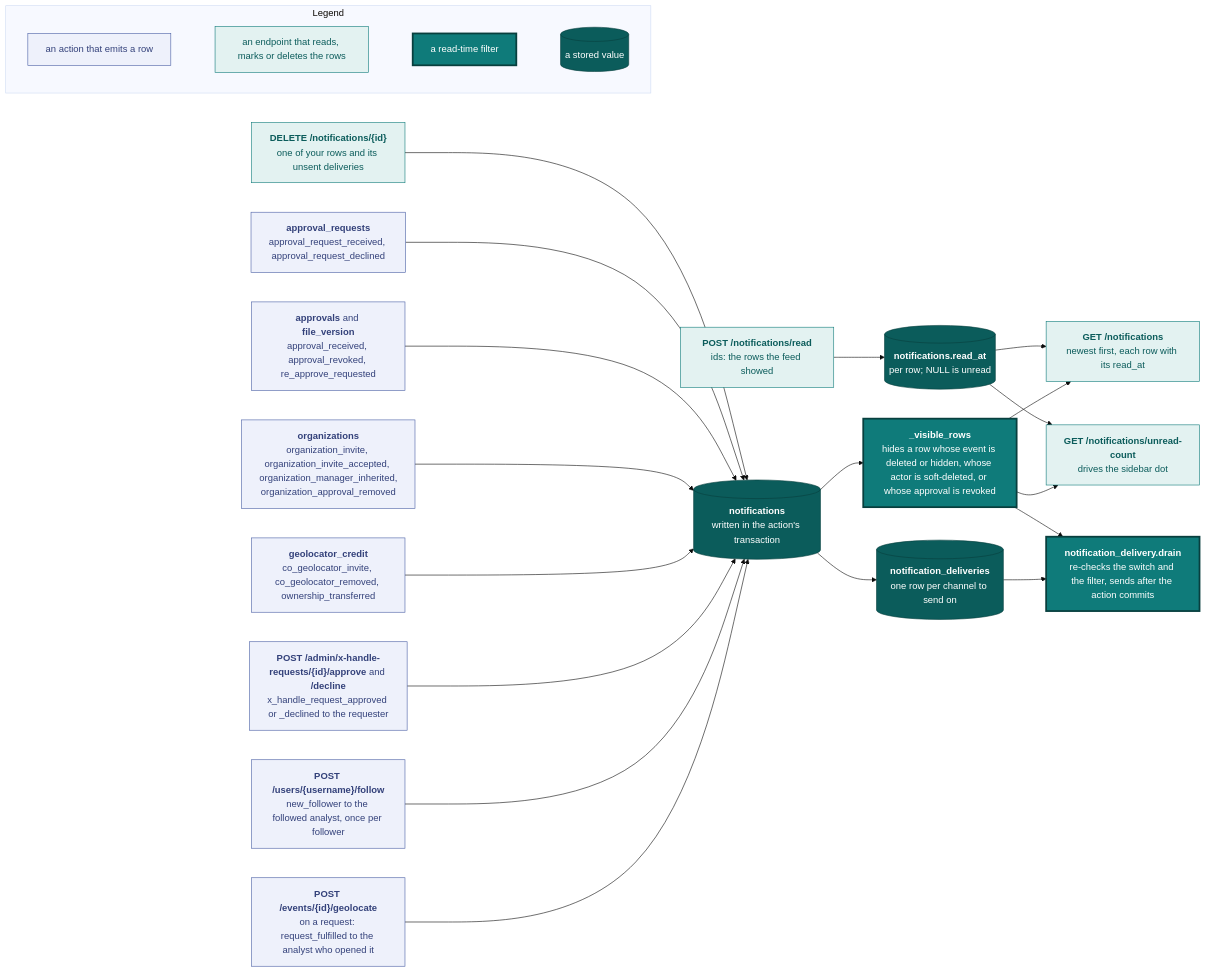
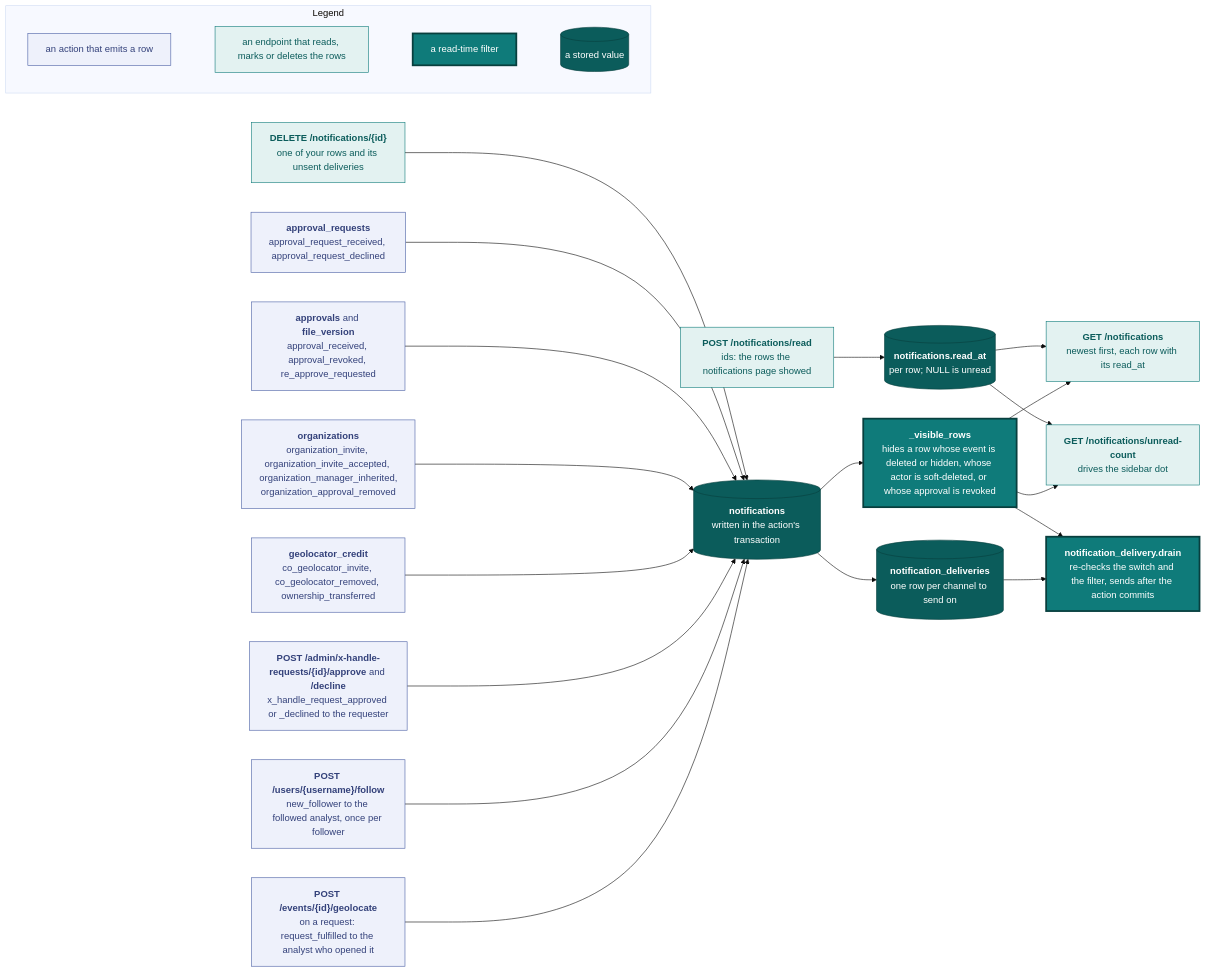
One commit to vidithq/vidit changed the seventh of 8 diagrams in docs/api.md. Above: the diagram before and after it, drawn with Mermaid (base theme). The commit also changed other lines of this file and 11 other files, not shown here.

````diff
--- a/docs/api.md
+++ b/docs/api.md
@@ -2551,67 +2558,67 @@
 ```mermaid
 flowchart LR
   classDef spec fill:#eef1fb,stroke:#4a5fa5,color:#33417a
   classDef shared fill:#e3f2f1,stroke:#0f7b7a,color:#0b5c5b
   classDef core fill:#0f7b7a,stroke:#083f3e,stroke-width:3px,color:#ffffff
   classDef store fill:#0b5c5b,stroke:#083f3e,color:#ffffff
 
   subgraph legend [Legend]
     direction LR
     l1["`an action that emits a row`"]:::spec
     l2["`an endpoint that reads, marks or deletes the rows`"]:::shared
     l3["`a read-time filter`"]:::core
     l4[("`a stored value`")]:::store
     l1 ~~~ l2 ~~~ l3 ~~~ l4
   end
 
   geolocate["`**POST /events/{id}/geolocate**
   on a request: request_fulfilled to the analyst who opened it`"]:::spec
   follow["`**POST /users/{username}/follow**
   new_follower to the followed analyst, once per follower`"]:::spec
   xhandle["`**POST /admin/x-handle-requests/{id}/approve** and **/decline**
   x_handle_request_approved or _declined to the requester`"]:::spec
   credit["`**geolocator_credit**
   co_geolocator_invite, co_geolocator_removed, ownership_transferred`"]:::spec
   orgs["`**organizations**
   organization_invite, organization_invite_accepted, organization_manager_inherited,
   organization_approval_removed`"]:::spec
   approvals["`**approvals** and **file_version**
   approval_received, approval_revoked, re_approve_requested`"]:::spec
   reviews["`**approval_requests**
   approval_request_received, approval_request_declined`"]:::spec
   rows[("`**notifications**
   written in the action's transaction`")]:::store
   visible["`**_visible_rows**
   hides a row whose event is deleted or hidden, whose actor is soft-deleted, or whose approval is revoked`"]:::core
-  feed["`**GET /notifications**
+  list["`**GET /notifications**
   newest first, each row with its read_at`"]:::shared
   count["`**GET /notifications/unread-count**
   drives the sidebar dot`"]:::shared
   read["`**POST /notifications/read**
-  ids: the rows the feed showed`"]:::shared
+  ids: the rows the notifications page showed`"]:::shared
   delete["`**DELETE /notifications/{id}**
   one of your rows and its unsent deliveries`"]:::shared
   readat[("`**notifications.read_at**
   per row; NULL is unread`")]:::store
   queue[("`**notification_deliveries**
   one row per channel to send on`")]:::store
   worker["`**notification_delivery.drain**
   re-checks the switch and the filter, sends after the action commits`"]:::core
 
   geolocate --> rows
   follow --> rows
   xhandle --> rows
   credit --> rows
   orgs --> rows
   approvals --> rows
   reviews --> rows
   rows --> visible
-  visible --> feed
+  visible --> list
   visible --> count
   read --> readat
   readat --> count
-  readat --> feed
+  readat --> list
   rows --> queue --> worker
   visible --> worker
   delete --> rows
 ```
````
